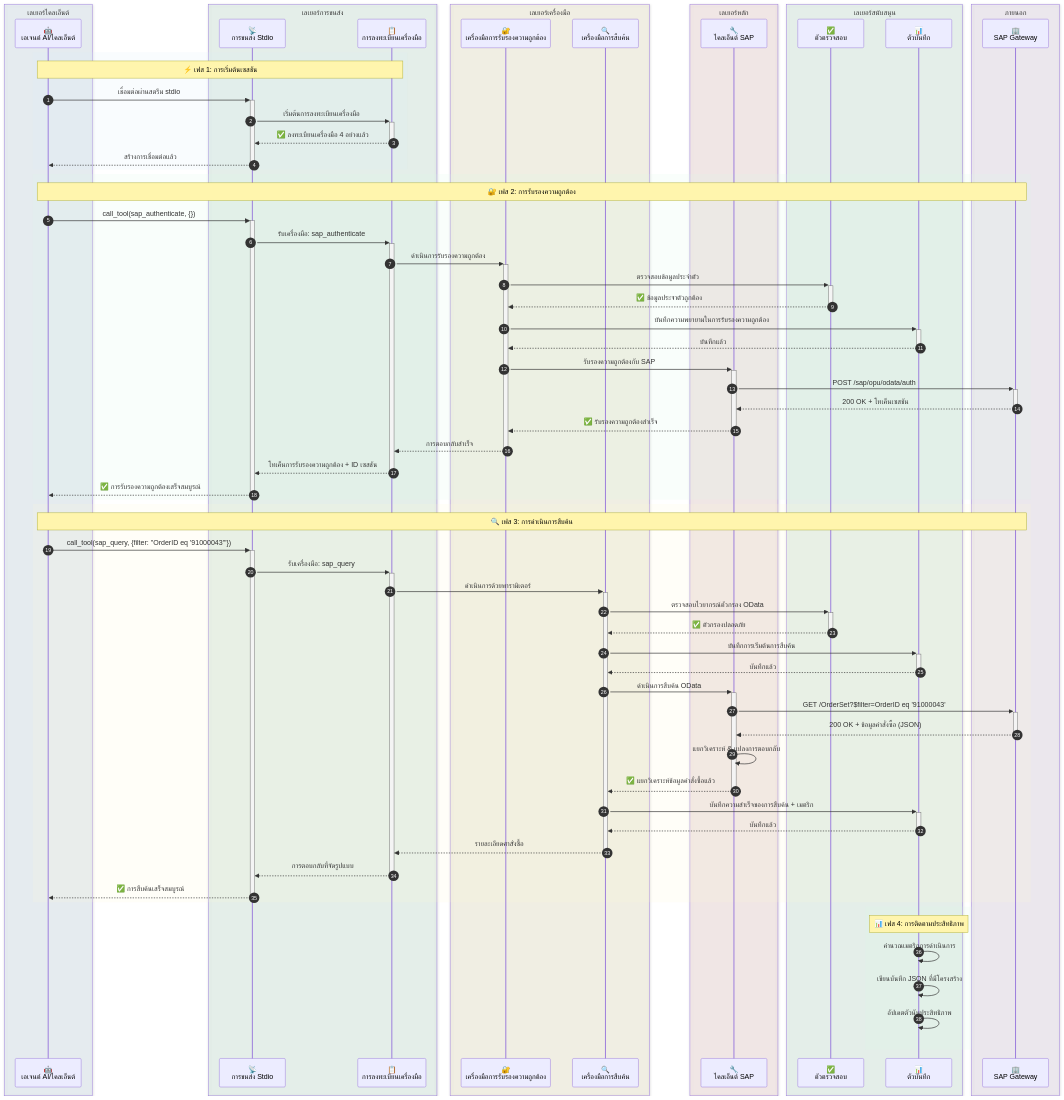
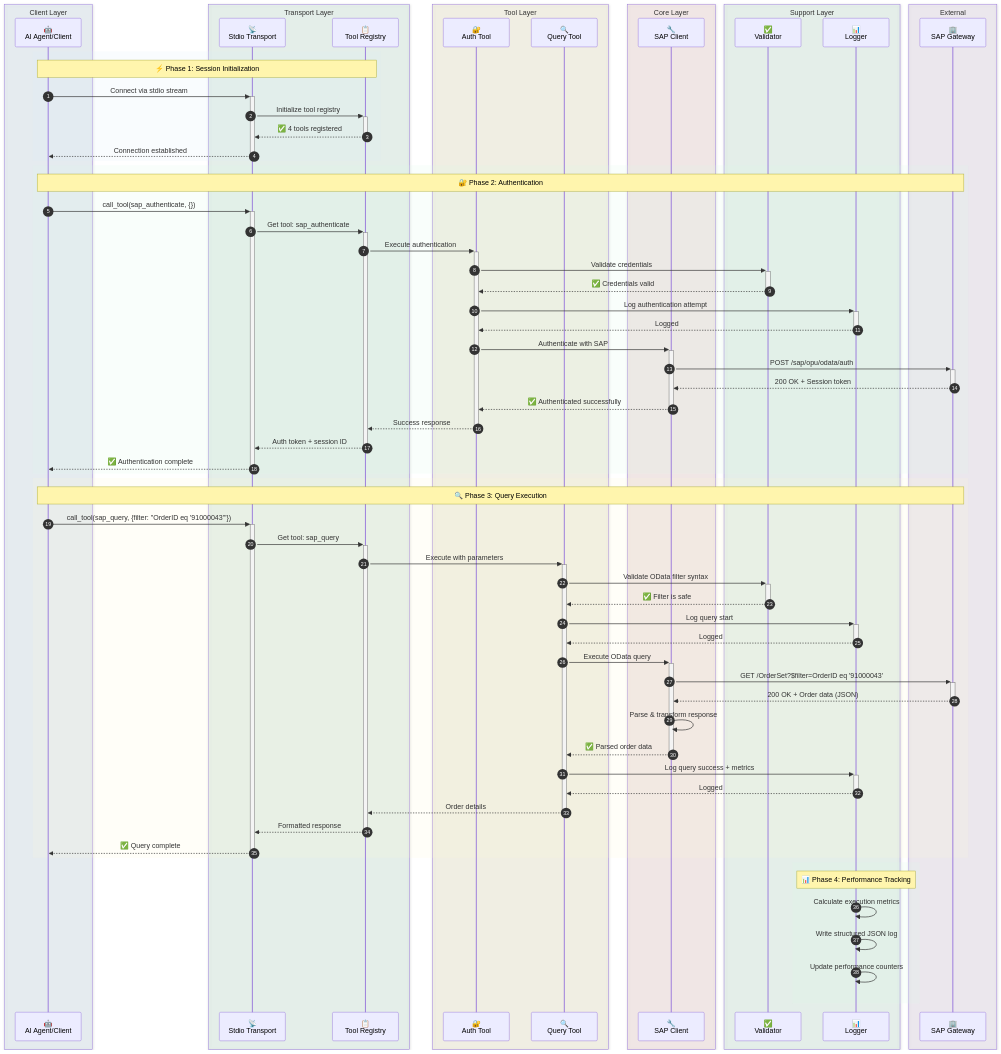
Before and after one commit to midasol/sap-mcp-server: the third of 5 diagrams in README.th.md, drawn with Mermaid. The commit also changed other lines of this file and 2 other files, not shown here.

````diff
--- a/README.th.md
+++ b/README.th.md
@@ -184,79 +197,79 @@
 ```mermaid
 sequenceDiagram
     autonumber
-    box rgba(214, 234, 248, 0.3) เลเยอร์ไคลเอ็นต์
-        participant Client as 🤖<br/>เอเจนต์ AI/ไคลเอ็นต์
+    box rgba(214, 234, 248, 0.3) Client Layer
+        participant Client as 🤖<br/>AI Agent/Client
     end
-    box rgba(213, 245, 227, 0.3) เลเยอร์การขนส่ง
-        participant Transport as 📡<br/>การขนส่ง Stdio
-        participant Registry as 📋<br/>การลงทะเบียนเครื่องมือ
+    box rgba(213, 245, 227, 0.3) Transport Layer
+        participant Transport as 📡<br/>Stdio Transport
+        participant Registry as 📋<br/>Tool Registry
     end
-    box rgba(252, 243, 207, 0.3) เลเยอร์เครื่องมือ
-        participant AuthTool as 🔐<br/>เครื่องมือการรับรองความถูกต้อง
-        participant QueryTool as 🔍<br/>เครื่องมือการสืบค้น
+    box rgba(252, 243, 207, 0.3) Tool Layer
+        participant AuthTool as 🔐<br/>Auth Tool
+        participant QueryTool as 🔍<br/>Query Tool
     end
-    box rgba(250, 219, 216, 0.3) เลเยอร์หลัก
-        participant SAPClient as 🔧<br/>ไคลเอ็นต์ SAP
+    box rgba(250, 219, 216, 0.3) Core Layer
+        participant SAPClient as 🔧<br/>SAP Client
     end
-    box rgba(213, 245, 227, 0.3) เลเยอร์สนับสนุน
-        participant Validator as ✅<br/>ตัวตรวจสอบ
-        participant Logger as 📊<br/>ตัวบันทึก
+    box rgba(213, 245, 227, 0.3) Support Layer
+        participant Validator as ✅<br/>Validator
+        participant Logger as 📊<br/>Logger
     end
-    box rgba(235, 222, 240, 0.3) ภายนอก
+    box rgba(235, 222, 240, 0.3) External
         participant SAP as 🏢<br/>SAP Gateway
     end
 
     rect rgba(214, 234, 248, 0.15)
-        Note over Client,Registry: ⚡ เฟส 1: การเริ่มต้นเซสชัน
-        Client->>+Transport: เชื่อมต่อผ่านสตรีม stdio
-        Transport->>+Registry: เริ่มต้นการลงทะเบียนเครื่องมือ
-        Registry-->>-Transport: ✅ ลงทะเบียนเครื่องมือ 4 อย่างแล้ว
-        Transport-->>-Client: สร้างการเชื่อมต่อแล้ว
+        Note over Client,Registry: ⚡ Phase 1: Session Initialization
+        Client->>+Transport: Connect via stdio stream
+        Transport->>+Registry: Initialize tool registry
+        Registry-->>-Transport: ✅ 4 tools registered
+        Transport-->>-Client: Connection established
     end
 
     rect rgba(213, 245, 227, 0.15)
-        Note over Client,SAP: 🔐 เฟส 2: การรับรองความถูกต้อง
+        Note over Client,SAP: 🔐 Phase 2: Authentication
         Client->>+Transport: call_tool(sap_authenticate, {})
-        Transport->>+Registry: รับเครื่องมือ: sap_authenticate
-        Registry->>+AuthTool: ดำเนินการรับรองความถูกต้อง
-        AuthTool->>+Validator: ตรวจสอบข้อมูลประจำตัว
-        Validator-->>-AuthTool: ✅ ข้อมูลประจำตัวถูกต้อง
-        AuthTool->>+Logger: บันทึกความพยายามในการรับรองความถูกต้อง
-        Logger-->>-AuthTool: บันทึกแล้ว
-        AuthTool->>+SAPClient: รับรองความถูกต้องกับ SAP
+        Transport->>+Registry: Get tool: sap_authenticate
+        Registry->>+AuthTool: Execute authentication
+        AuthTool->>+Validator: Validate credentials
+        Validator-->>-AuthTool: ✅ Credentials valid
+        AuthTool->>+Logger: Log authentication attempt
+        Logger-->>-AuthTool: Logged
+        AuthTool->>+SAPClient: Authenticate with SAP
         SAPClient->>+SAP: POST /sap/opu/odata/auth
-        SAP-->>-SAPClient: 200 OK + โทเค็นเซสชัน
-        SAPClient-->>-AuthTool: ✅ รับรองความถูกต้องสำเร็จ
-        AuthTool-->>-Registry: การตอบกลับสำเร็จ
-        Registry-->>-Transport: โทเค็นการรับรองความถูกต้อง + ID เซสชัน
-        Transport-->>-Client: ✅ การรับรองความถูกต้องเสร็จสมบูรณ์
+        SAP-->>-SAPClient: 200 OK + Session token
+        SAPClient-->>-AuthTool: ✅ Authenticated successfully
+        AuthTool-->>-Registry: Success response
+        Registry-->>-Transport: Auth token + session ID
+        Transport-->>-Client: ✅ Authentication complete
     end
 
     rect rgba(252, 243, 207, 0.15)
-        Note over Client,SAP: 🔍 เฟส 3: การดำเนินการสืบค้น
+        Note over Client,SAP: 🔍 Phase 3: Query Execution
         Client->>+Transport: call_tool(sap_query, {filter: "OrderID eq '91000043'"})
-        Transport->>+Registry: รับเครื่องมือ: sap_query
-        Registry->>+QueryTool: ดำเนินการด้วยพารามิเตอร์
-        QueryTool->>+Validator: ตรวจสอบไวยากรณ์ตัวกรอง OData
-        Validator-->>-QueryTool: ✅ ตัวกรองปลอดภัย
-        QueryTool->>+Logger: บันทึกการเริ่มต้นการสืบค้น
-        Logger-->>-QueryTool: บันทึกแล้ว
-        QueryTool->>+SAPClient: ดำเนินการสืบค้น OData
+        Transport->>+Registry: Get tool: sap_query
+        Registry->>+QueryTool: Execute with parameters
+        QueryTool->>+Validator: Validate OData filter syntax
+        Validator-->>-QueryTool: ✅ Filter is safe
+        QueryTool->>+Logger: Log query start
+        Logger-->>-QueryTool: Logged
+        QueryTool->>+SAPClient: Execute OData query
         SAPClient->>+SAP: GET /OrderSet?$filter=OrderID eq '91000043'
-        SAP-->>-SAPClient: 200 OK + ข้อมูลคำสั่งซื้อ (JSON)
-        SAPClient->>SAPClient: แยกวิเคราะห์ & แปลงการตอบกลับ
-        SAPClient-->>-QueryTool: ✅ แยกวิเคราะห์ข้อมูลคำสั่งซื้อแล้ว
-        QueryTool->>+Logger: บันทึกความสำเร็จของการสืบค้น + เมตริก
-        Logger-->>-QueryTool: บันทึกแล้ว
-        QueryTool-->>-Registry: รายละเอียดคำสั่งซื้อ
-        Registry-->>-Transport: การตอบกลับที่จัดรูปแบบ
-        Transport-->>-Client: ✅ การสืบค้นเสร็จสมบูรณ์
+        SAP-->>-SAPClient: 200 OK + Order data (JSON)
+        SAPClient->>SAPClient: Parse & transform response
+        SAPClient-->>-QueryTool: ✅ Parsed order data
+        QueryTool->>+Logger: Log query success + metrics
+        Logger-->>-QueryTool: Logged
+        QueryTool-->>-Registry: Order details
+        Registry-->>-Transport: Formatted response
+        Transport-->>-Client: ✅ Query complete
     end
 
     rect rgba(213, 245, 227, 0.15)
-        Note over Logger: 📊 เฟส 4: การติดตามประสิทธิภาพ
-        Logger->>Logger: คำนวณเมตริกการดำเนินการ
-        Logger->>Logger: เขียนบันทึก JSON ที่มีโครงสร้าง
-        Logger->>Logger: อัปเดตตัวนับประสิทธิภาพ
+        Note over Logger: 📊 Phase 4: Performance Tracking
+        Logger->>Logger: Calculate execution metrics
+        Logger->>Logger: Write structured JSON log
+        Logger->>Logger: Update performance counters
     end
 ```
````
